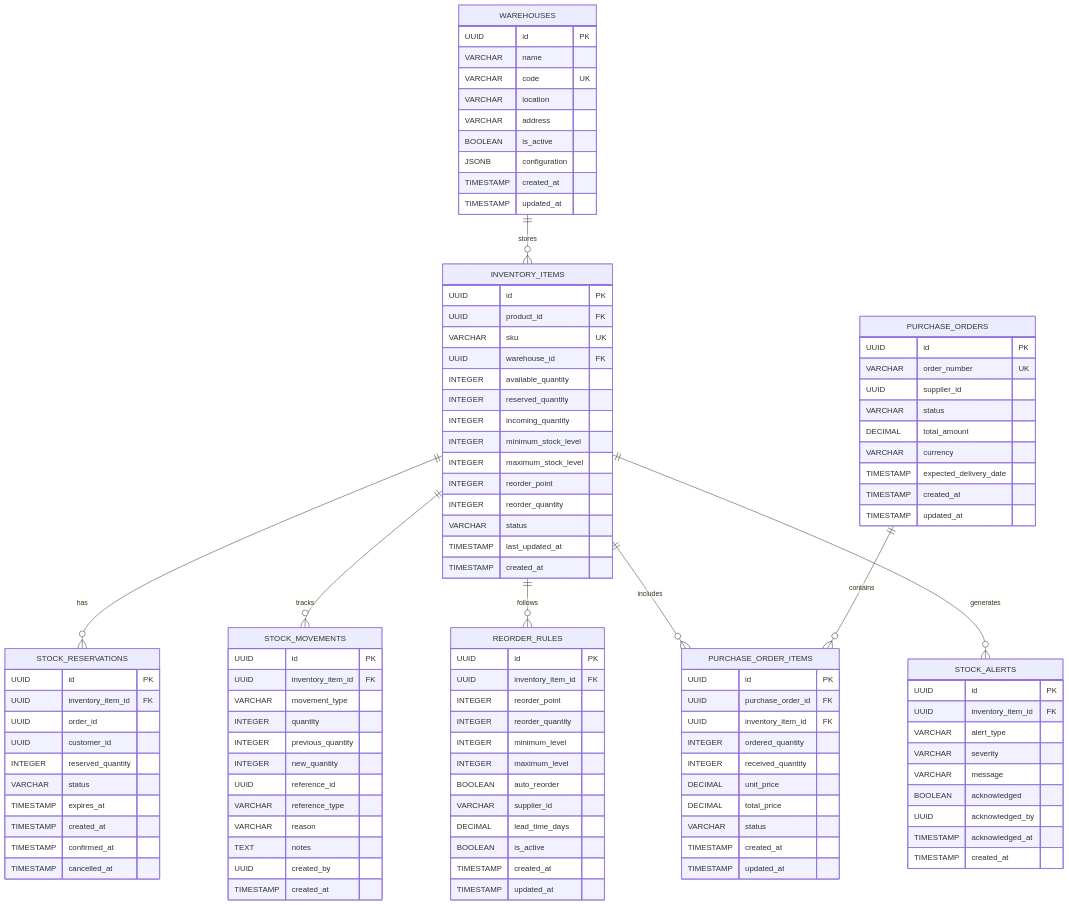
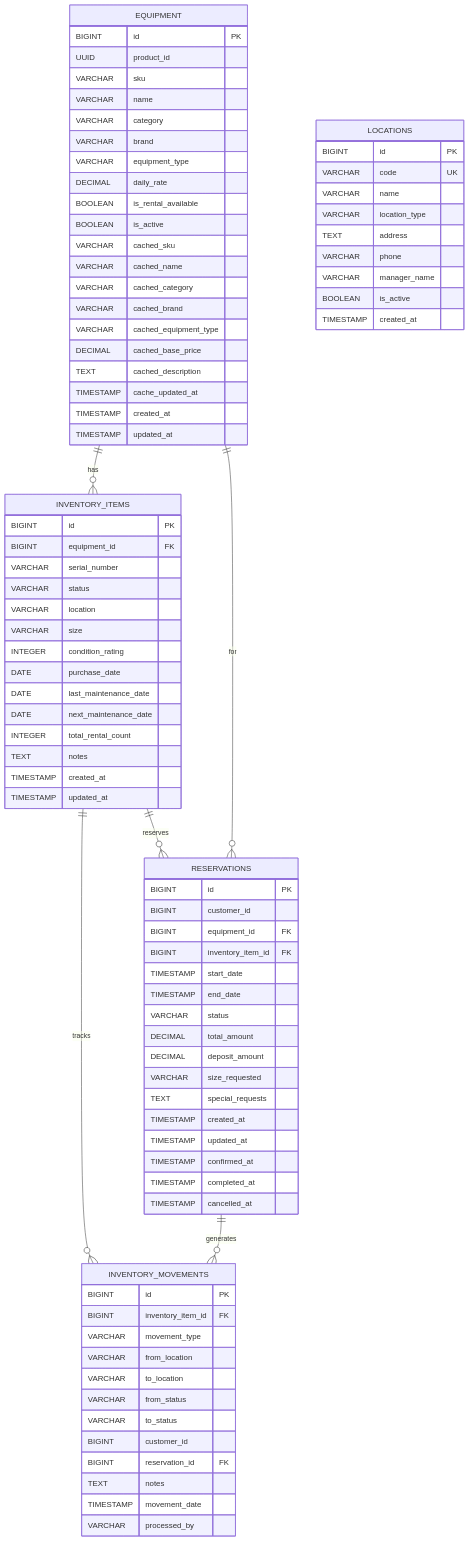
One commit to yoshioterada/AI-Driven-Ski-Shop-Dev-with-Jakarta-EE changed the third of 4 diagrams in design-docs/05-inventory-management-service.md. Above: the diagram before and after it, drawn with Mermaid. The commit also changed other lines of this file and 2 other files, not shown here.

````diff
--- a/design-docs/05-inventory-management-service.md
+++ b/design-docs/05-inventory-management-service.md
@@ -1052,119 +800,94 @@
 ```mermaid
 erDiagram
-    INVENTORY_ITEMS {
-        UUID id PK
-        UUID product_id FK
-        VARCHAR sku UK
-        UUID warehouse_id FK
-        INTEGER available_quantity
-        INTEGER reserved_quantity
-        INTEGER incoming_quantity
-        INTEGER minimum_stock_level
-        INTEGER maximum_stock_level
-        INTEGER reorder_point
-        INTEGER reorder_quantity
-        VARCHAR status
-        TIMESTAMP last_updated_at
-        TIMESTAMP created_at
-    }
-    
-    WAREHOUSES {
-        UUID id PK
+    EQUIPMENT {
+        BIGINT id PK
+        UUID product_id
+        VARCHAR sku
         VARCHAR name
-        VARCHAR code UK
-        VARCHAR location
-        VARCHAR address
+        VARCHAR category
+        VARCHAR brand
+        VARCHAR equipment_type
+        DECIMAL daily_rate
+        BOOLEAN is_rental_available
         BOOLEAN is_active
-        JSONB configuration
+        VARCHAR cached_sku
+        VARCHAR cached_name
+        VARCHAR cached_category
+        VARCHAR cached_brand
+        VARCHAR cached_equipment_type
+        DECIMAL cached_base_price
+        TEXT cached_description
+        TIMESTAMP cache_updated_at
         TIMESTAMP created_at
         TIMESTAMP updated_at
     }
     
-    STOCK_RESERVATIONS {
-        UUID id PK
-        UUID inventory_item_id FK
-        UUID order_id
-        UUID customer_id
-        INTEGER reserved_quantity
+    INVENTORY_ITEMS {
+        BIGINT id PK
+        BIGINT equipment_id FK
+        VARCHAR serial_number
         VARCHAR status
-        TIMESTAMP expires_at
-        TIMESTAMP created_at
-        TIMESTAMP confirmed_at
-        TIMESTAMP cancelled_at
-    }
-    
-    STOCK_MOVEMENTS {
-        UUID id PK
-        UUID inventory_item_id FK
-        VARCHAR movement_type
-        INTEGER quantity
-        INTEGER previous_quantity
-        INTEGER new_quantity
-        UUID reference_id
-        VARCHAR reference_type
-        VARCHAR reason
+        VARCHAR location
+        VARCHAR size
+        INTEGER condition_rating
+        DATE purchase_date
+        DATE last_maintenance_date
+        DATE next_maintenance_date
+        INTEGER total_rental_count
         TEXT notes
-        UUID created_by
-        TIMESTAMP created_at
-    }
-    
-    REORDER_RULES {
-        UUID id PK
-        UUID inventory_item_id FK
-        INTEGER reorder_point
-        INTEGER reorder_quantity
-        INTEGER minimum_level
-        INTEGER maximum_level
-        BOOLEAN auto_reorder
-        VARCHAR supplier_id
-        DECIMAL lead_time_days
-        BOOLEAN is_active
         TIMESTAMP created_at
         TIMESTAMP updated_at
     }
     
-    PURCHASE_ORDERS {
-        UUID id PK
-        VARCHAR order_number UK
-        UUID supplier_id
+    RESERVATIONS {
+        BIGINT id PK
+        BIGINT customer_id
+        BIGINT equipment_id FK
+        BIGINT inventory_item_id FK
+        TIMESTAMP start_date
+        TIMESTAMP end_date
         VARCHAR status
         DECIMAL total_amount
-        VARCHAR currency
-        TIMESTAMP expected_delivery_date
+        DECIMAL deposit_amount
+        VARCHAR size_requested
+        TEXT special_requests
         TIMESTAMP created_at
         TIMESTAMP updated_at
+        TIMESTAMP confirmed_at
+        TIMESTAMP completed_at
+        TIMESTAMP cancelled_at
     }
     
-    PURCHASE_ORDER_ITEMS {
-        UUID id PK
-        UUID purchase_order_id FK
-        UUID inventory_item_id FK
-        INTEGER ordered_quantity
-        INTEGER received_quantity
-        DECIMAL unit_price
-        DECIMAL total_price
-        VARCHAR status
-        TIMESTAMP created_at
-        TIMESTAMP updated_at
+    INVENTORY_MOVEMENTS {
+        BIGINT id PK
+        BIGINT inventory_item_id FK
+        VARCHAR movement_type
+        VARCHAR from_location
+        VARCHAR to_location
+        VARCHAR from_status
+        VARCHAR to_status
+        BIGINT customer_id
+        BIGINT reservation_id FK
+        TEXT notes
+        TIMESTAMP movement_date
+        VARCHAR processed_by
     }
     
-    STOCK_ALERTS {
-        UUID id PK
-        UUID inventory_item_id FK
-        VARCHAR alert_type
-        VARCHAR severity
-        VARCHAR message
-        BOOLEAN acknowledged
-        UUID acknowledged_by
-        TIMESTAMP acknowledged_at
+    LOCATIONS {
+        BIGINT id PK
+        VARCHAR code UK
+        VARCHAR name
+        VARCHAR location_type
+        TEXT address
+        VARCHAR phone
+        VARCHAR manager_name
+        BOOLEAN is_active
         TIMESTAMP created_at
     }
     
-    INVENTORY_ITEMS ||--o{ STOCK_RESERVATIONS : "has"
-    INVENTORY_ITEMS ||--o{ STOCK_MOVEMENTS : "tracks"
-    INVENTORY_ITEMS ||--o{ REORDER_RULES : "follows"
-    INVENTORY_ITEMS ||--o{ PURCHASE_ORDER_ITEMS : "includes"
-    INVENTORY_ITEMS ||--o{ STOCK_ALERTS : "generates"
-    WAREHOUSES ||--o{ INVENTORY_ITEMS : "stores"
-    PURCHASE_ORDERS ||--o{ PURCHASE_ORDER_ITEMS : "contains"
+    EQUIPMENT ||--o{ INVENTORY_ITEMS : "has"
+    EQUIPMENT ||--o{ RESERVATIONS : "for"
+    INVENTORY_ITEMS ||--o{ INVENTORY_MOVEMENTS : "tracks"
+    INVENTORY_ITEMS ||--o{ RESERVATIONS : "reserves"
+    RESERVATIONS ||--o{ INVENTORY_MOVEMENTS : "generates"
 ```
````
